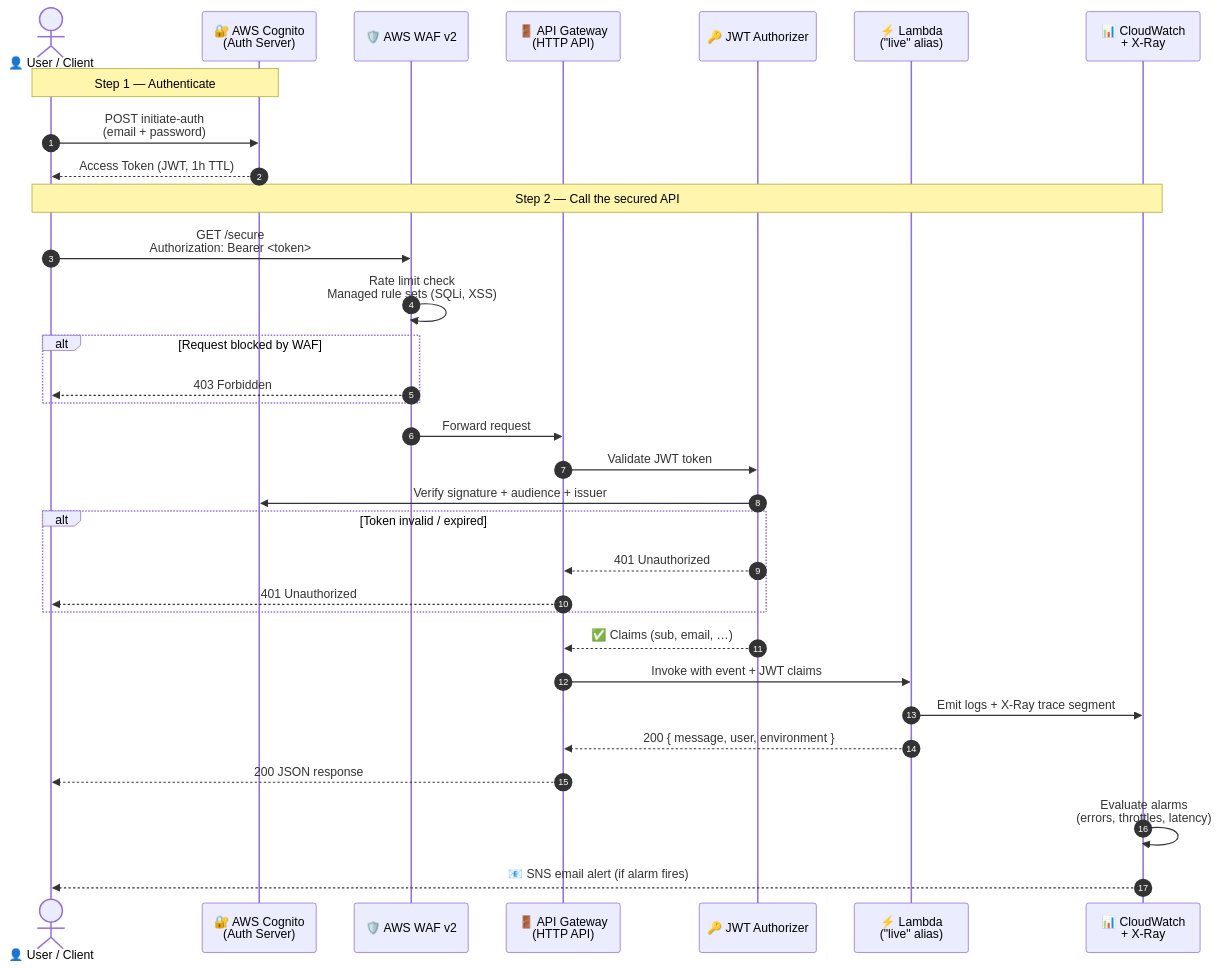
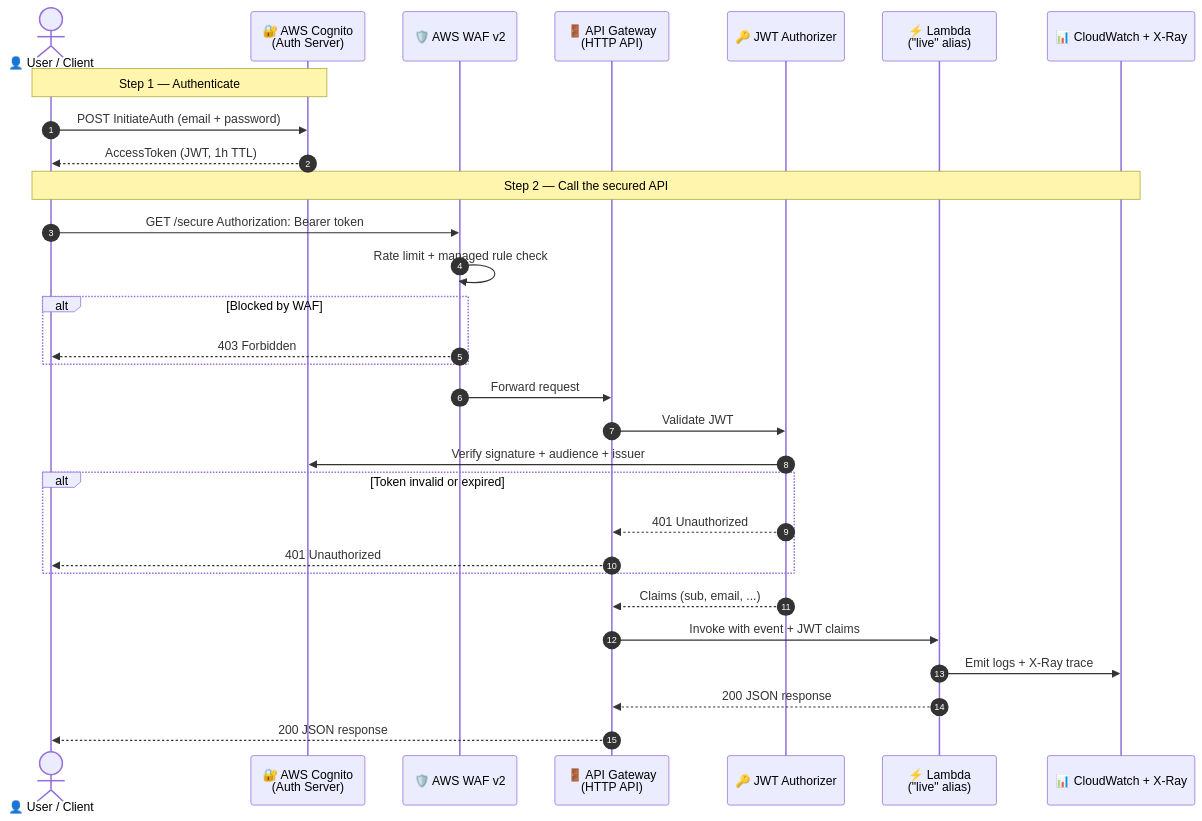
One commit to sureshullagaddi/api-gateway-terraform changed the first of 4 diagrams in README.md. Above: the diagram before and after it, drawn with Mermaid. The commit also changed other lines of this file and 2 other files, not shown here.

````diff
--- a/README.md
+++ b/README.md
@@ -11,39 +15,36 @@
 ```mermaid
 sequenceDiagram
     autonumber
     actor User as 👤 User / Client
     participant Cognito as 🔐 AWS Cognito<br/>(Auth Server)
     participant WAF as 🛡️ AWS WAF v2
     participant APIGW as 🚪 API Gateway<br/>(HTTP API)
     participant Auth as 🔑 JWT Authorizer
     participant Lambda as ⚡ Lambda<br/>("live" alias)
-    participant CW as 📊 CloudWatch<br/>+ X-Ray
+    participant CW as 📊 CloudWatch + X-Ray
 
     Note over User,Cognito: Step 1 — Authenticate
-    User->>Cognito: POST initiate-auth<br/>(email + password)
-    Cognito-->>User: Access Token (JWT, 1h TTL)
+    User->>Cognito: POST InitiateAuth (email + password)
+    Cognito-->>User: AccessToken (JWT, 1h TTL)
 
     Note over User,CW: Step 2 — Call the secured API
-    User->>WAF: GET /secure<br/>Authorization: Bearer <token>
-    WAF->>WAF: Rate limit check<br/>Managed rule sets (SQLi, XSS)
-    alt Request blocked by WAF
+    User->>WAF: GET /secure  Authorization: Bearer token
+    WAF->>WAF: Rate limit + managed rule check
+    alt Blocked by WAF
         WAF-->>User: 403 Forbidden
     end
     WAF->>APIGW: Forward request
 
-    APIGW->>Auth: Validate JWT token
+    APIGW->>Auth: Validate JWT
     Auth->>Cognito: Verify signature + audience + issuer
-    alt Token invalid / expired
+    alt Token invalid or expired
         Auth-->>APIGW: 401 Unauthorized
         APIGW-->>User: 401 Unauthorized
     end
-    Auth-->>APIGW: ✅ Claims (sub, email, …)
+    Auth-->>APIGW: Claims (sub, email, ...)
 
     APIGW->>Lambda: Invoke with event + JWT claims
-    Lambda->>CW: Emit logs + X-Ray trace segment
-    Lambda-->>APIGW: 200 { message, user, environment }
+    Lambda->>CW: Emit logs + X-Ray trace
+    Lambda-->>APIGW: 200 JSON response
     APIGW-->>User: 200 JSON response
-
-    CW->>CW: Evaluate alarms<br/>(errors, throttles, latency)
-    CW-->>User: 📧 SNS email alert (if alarm fires)
 ```
````
